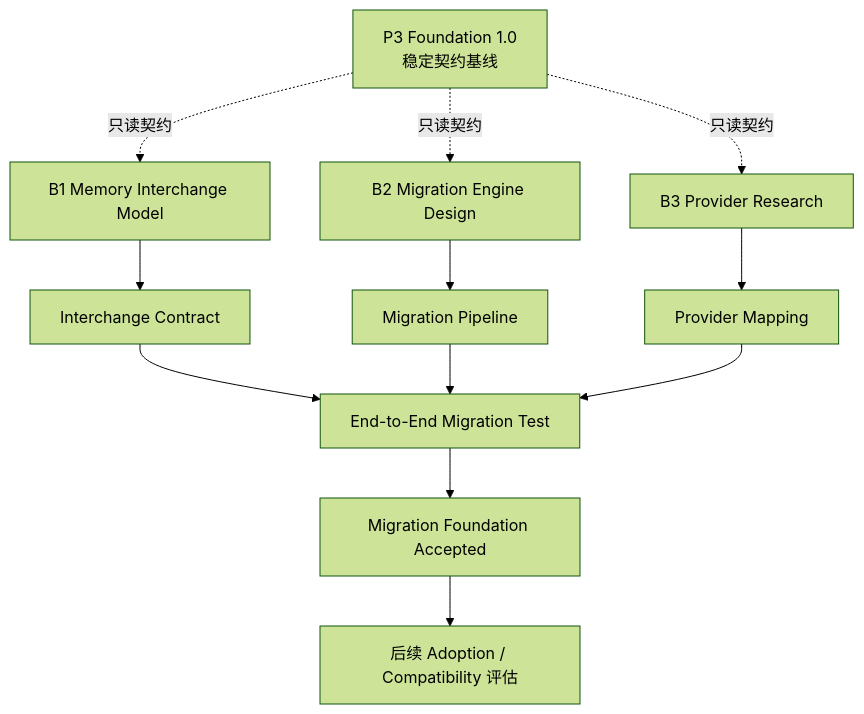
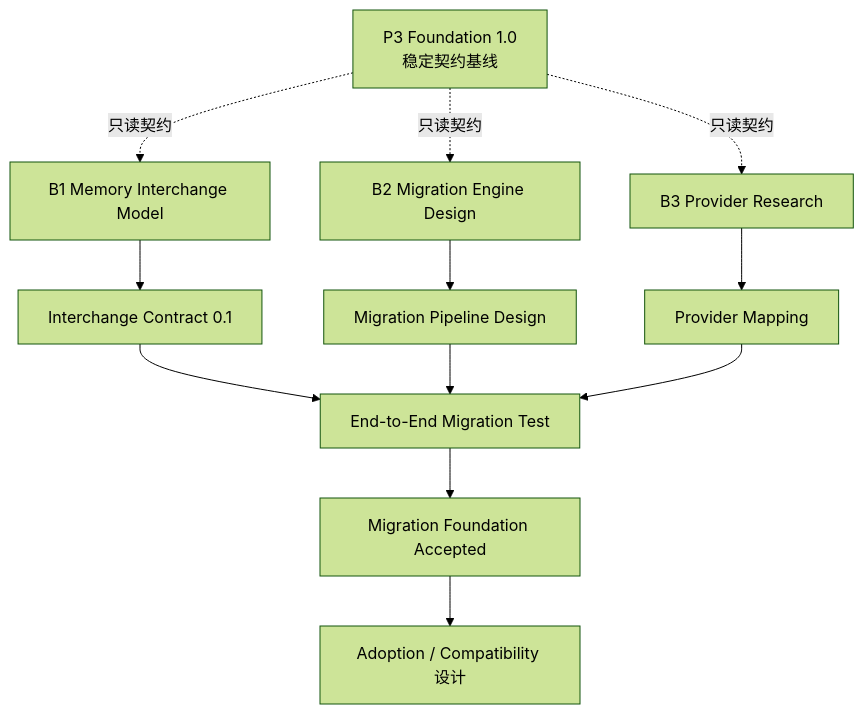
Before and after one commit to DSH-Raising-Plan/dsh-cognitive-memory: the diagram in docs/plans/MEMORY_MIGRATION_PARALLEL_PLAN.md, drawn with Mermaid (forest theme). The commit also changed other lines of this file and 24 other files, not shown here.

First line of the commit message:
docs: accept Migration & Adoption design track (M-A/B/C/E)

````diff
--- a/docs/plans/MEMORY_MIGRATION_PARALLEL_PLAN.md
+++ b/docs/plans/MEMORY_MIGRATION_PARALLEL_PLAN.md
@@ -137,25 +73,25 @@
 ```mermaid
 flowchart TB
   A["P3 Foundation 1.0<br/>稳定契约基线"]
   B1["B1 Memory Interchange Model"]
   B2["B2 Migration Engine Design"]
   B3["B3 Provider Research"]
-  IC["Interchange Contract"]
-  MP["Migration Pipeline"]
+  IC["Interchange Contract 0.1"]
+  MP["Migration Pipeline Design"]
   PM["Provider Mapping"]
   E2E["End-to-End Migration Test"]
   ACC["Migration Foundation Accepted"]
-  ADO["后续 Adoption / Compatibility 评估"]
+  ADO["Adoption / Compatibility 设计"]
 
   A -.->|只读契约| B1
   A -.->|只读契约| B2
   A -.->|只读契约| B3
   B1 --> IC
   B2 --> MP
   B3 --> PM
   IC --> E2E
   MP --> E2E
   PM --> E2E
   E2E --> ACC
   ACC --> ADO
 ```
````
